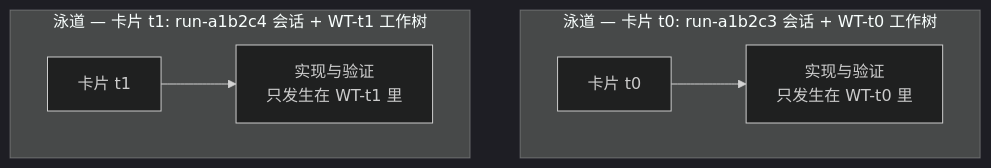
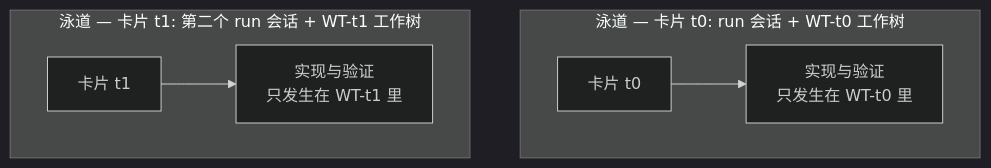
The second of 2 diagrams in docs-site/content/zh/core-concepts/kanban-board-terms.md (modu-ai/moai-adk), drawn with Mermaid (dark theme) before and after one commit. The commit also changed other lines of this file and 16 other files, not shown here.

````diff
--- a/docs-site/content/zh/core-concepts/kanban-board-terms.md
+++ b/docs-site/content/zh/core-concepts/kanban-board-terms.md
@@ -48,9 +47,9 @@
 ```mermaid
 flowchart TD
-    subgraph LaneA["泳道 — 卡片 t0: run-a1b2c3 会话 + WT-t0 工作树"]
+    subgraph LaneA["泳道 — 卡片 t0: run 会话 + WT-t0 工作树"]
         A0["卡片 t0"] --> A1["实现与验证<br/>只发生在 WT-t0 里"]
     end
-    subgraph LaneB["泳道 — 卡片 t1: run-a1b2c4 会话 + WT-t1 工作树"]
+    subgraph LaneB["泳道 — 卡片 t1: 第二个 run 会话 + WT-t1 工作树"]
         B0["卡片 t1"] --> B1["实现与验证<br/>只发生在 WT-t1 里"]
     end
 ```
````
